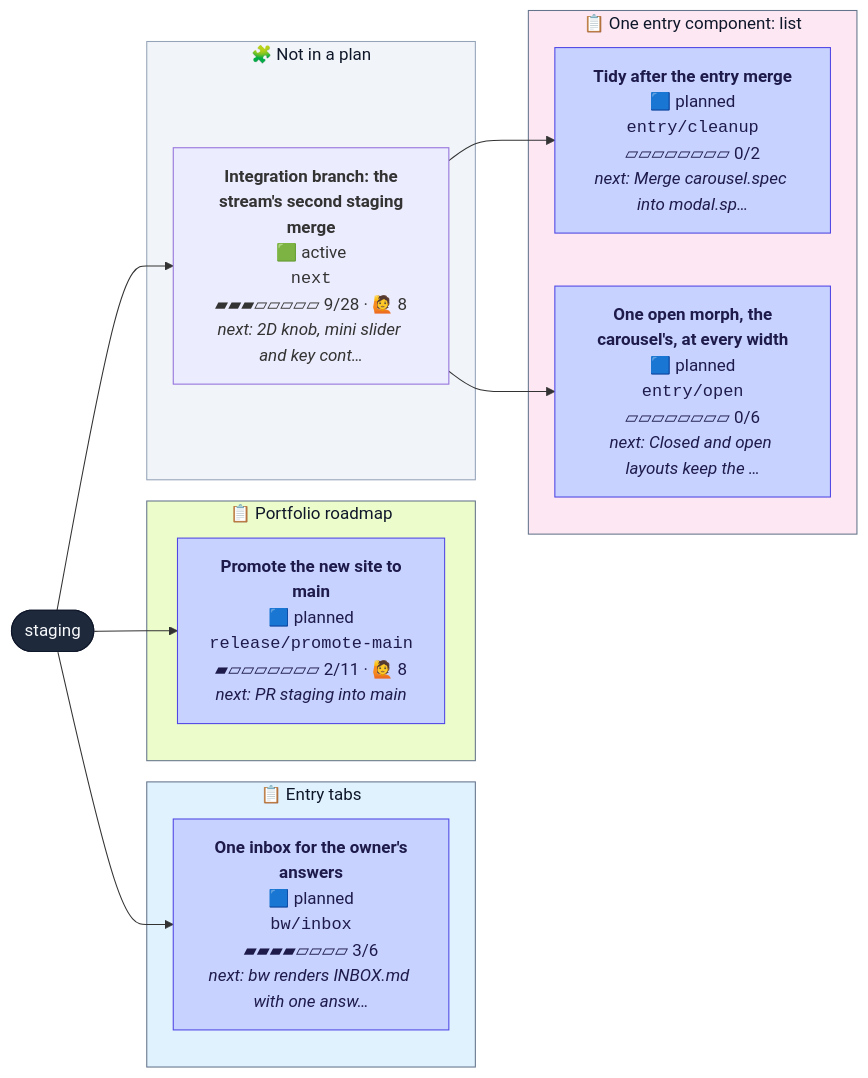
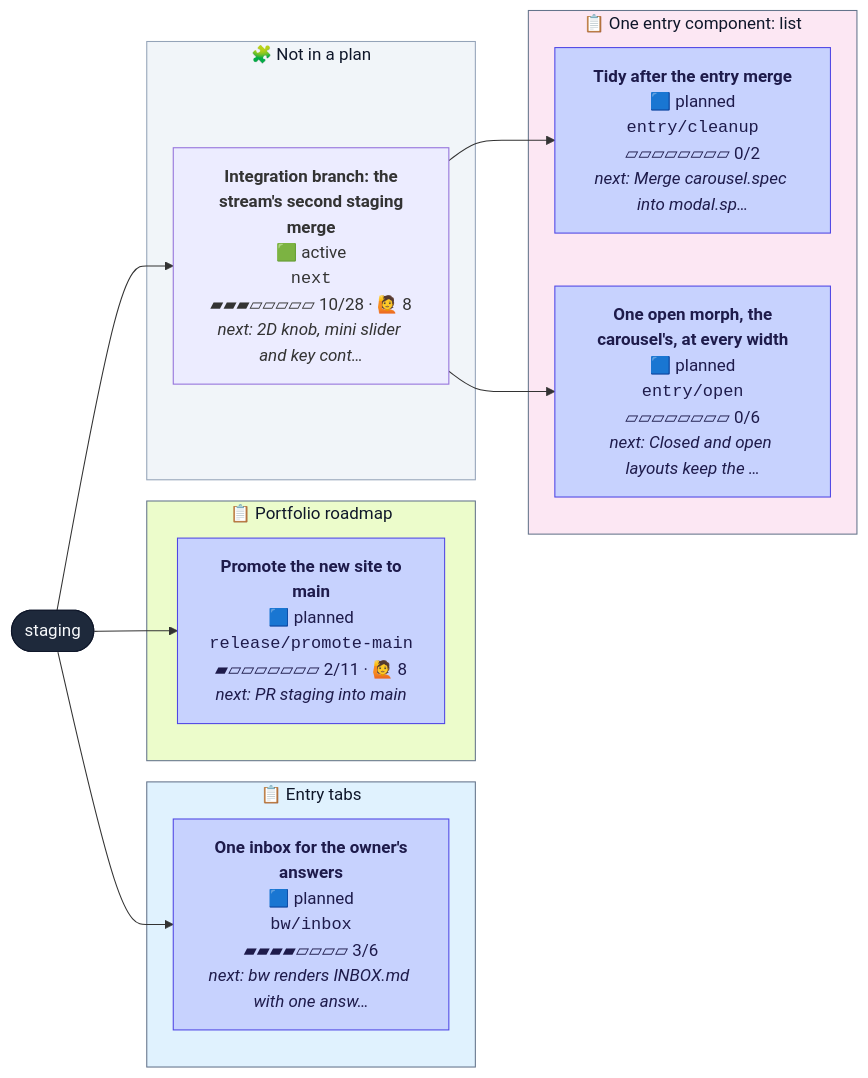
One commit to henryjonescodes/portfolio changed the diagram in CONTRIBUTING.md. Above: the diagram before and after it, drawn with Mermaid. The commit also changed other lines of this file, not shown here.

````diff
--- a/CONTRIBUTING.md
+++ b/CONTRIBUTING.md
@@ -16,38 +16,38 @@
 ```mermaid
 flowchart LR
   n_staging([staging])
   class n_staging trunk
   subgraph plan_0["📋 Entry tabs"]
     n_bw_inbox["<b>One inbox for the owner's<br/>answers</b><br/>🟦 planned<br/><code>bw/inbox</code><br/>▰▰▰▰▱▱▱▱ 3/6<br/><i>next: bw renders INBOX.md with one answ…</i>"]
     class n_bw_inbox planned
   end
   style plan_0 fill:#e0f2fe,stroke:#64748b,color:#0f172a
   subgraph plan_1["📋 One entry component: list"]
     n_entry_cleanup["<b>Tidy after the entry merge</b><br/>🟦 planned<br/><code>entry/cleanup</code><br/>▱▱▱▱▱▱▱▱ 0/2<br/><i>next: Merge carousel.spec into modal.sp…</i>"]
     class n_entry_cleanup planned
     n_entry_open["<b>One open morph, the<br/>carousel's, at every width</b><br/>🟦 planned<br/><code>entry/open</code><br/>▱▱▱▱▱▱▱▱ 0/6<br/><i>next: Closed and open layouts keep the …</i>"]
     class n_entry_open planned
   end
   style plan_1 fill:#fce7f3,stroke:#64748b,color:#0f172a
   subgraph plan_2["📋 Portfolio roadmap"]
     n_release_promote_main["<b>Promote the new site to<br/>main</b><br/>🟦 planned<br/><code>release/promote-main</code><br/>▰▱▱▱▱▱▱▱ 2/11 · 🙋 8<br/><i>next: PR staging into main</i>"]
     class n_release_promote_main planned
   end
   style plan_2 fill:#ecfccb,stroke:#64748b,color:#0f172a
   subgraph loose["🧩 Not in a plan"]
-    n_next["<b>Integration branch: the<br/>stream's second staging<br/>merge</b><br/>🟩 active<br/><code>next</code><br/>▰▰▰▱▱▱▱▱ 9/28 · 🙋 8<br/><i>next: 2D knob, mini slider and key cont…</i>"]
+    n_next["<b>Integration branch: the<br/>stream's second staging<br/>merge</b><br/>🟩 active<br/><code>next</code><br/>▰▰▰▱▱▱▱▱ 10/28 · 🙋 8<br/><i>next: 2D knob, mini slider and key cont…</i>"]
     class n_next active,current
   end
   style loose fill:#f1f5f9,stroke:#94a3b8,color:#0f172a
   n_staging --> n_bw_inbox
   n_next --> n_entry_cleanup
   n_next --> n_entry_open
   n_staging --> n_next
   n_staging --> n_release_promote_main
   classDef planned fill:#c7d2fe,stroke:#4f46e5,color:#1e1b4b
   classDef active fill:#bbf7d0,stroke:#16a34a,stroke-width:3px,color:#052e16
   classDef review fill:#fde68a,stroke:#d97706,stroke-width:3px,color:#451a03
   classDef blocked fill:#fecaca,stroke:#dc2626,stroke-width:3px,color:#450a0a
   classDef trunk fill:#1e293b,stroke:#0f172a,color:#f8fafc
   classDef current stroke:#0ea5e9,stroke-width:5px
 ```
````
